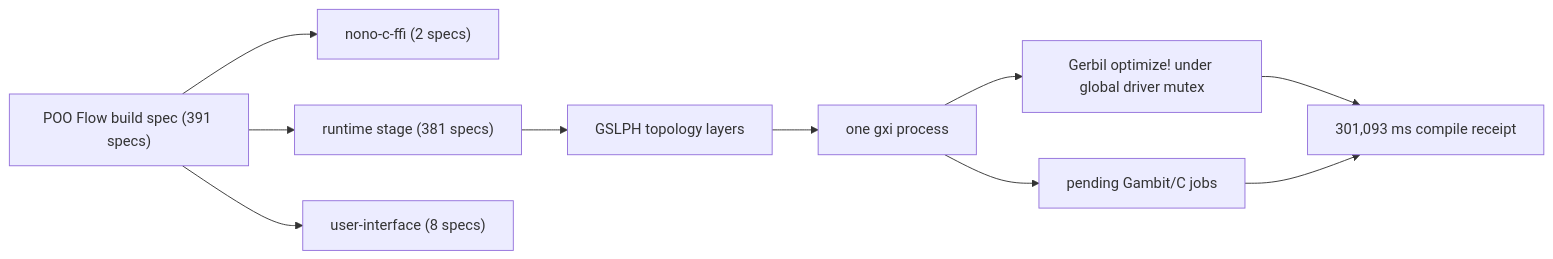
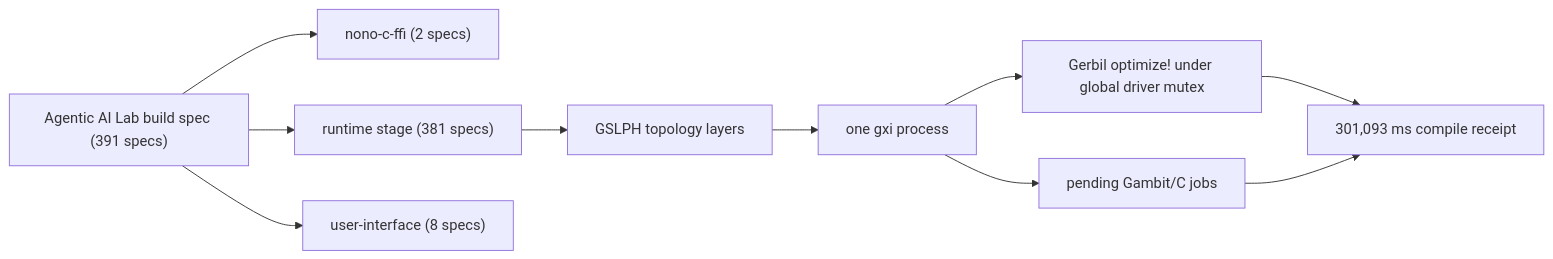
The third of 20 diagrams in module-system/design/156-gerbil-bazel-pr29-downstream-performance-receipt.org (tao3k/gebril-yuanxu), drawn with Mermaid before and after one commit. The commit also changed other lines of this file and 507 other files, not shown here.

```diff
--- a/module-system/design/156-gerbil-bazel-pr29-downstream-performance-receipt.org
+++ b/module-system/design/156-gerbil-bazel-pr29-downstream-performance-receipt.org
@@ -188,22 +188,22 @@
 #+begin_src mermaid
 flowchart LR
-  Spec["POO Flow build spec (391 specs)"]
+  Spec["Agentic AI Lab build spec (391 specs)"]
   FFI["nono-c-ffi (2 specs)"]
   Runtime["runtime stage (381 specs)"]
   UI["user-interface (8 specs)"]
   Layers["GSLPH topology layers"]
   Process["one gxi process"]
   Optimizer["Gerbil optimize! under global driver mutex"]
   Backend["pending Gambit/C jobs"]
   Receipt["301,093 ms compile receipt"]
 
   Spec --> FFI
   Spec --> Runtime
   Spec --> UI
   Runtime --> Layers
   Layers --> Process
   Process --> Optimizer
   Process --> Backend
   Optimizer --> Receipt
   Backend --> Receipt
 #+end_src
```
